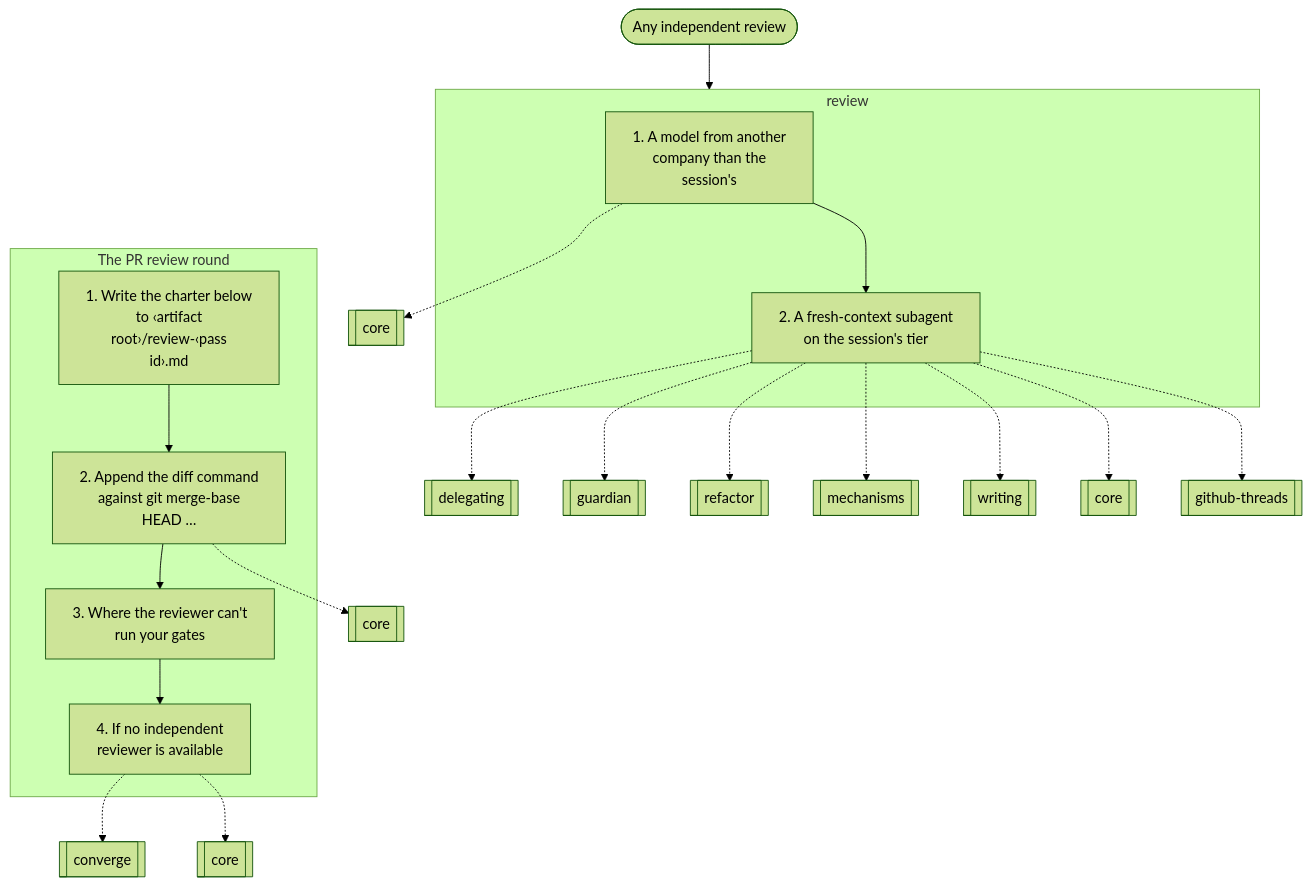
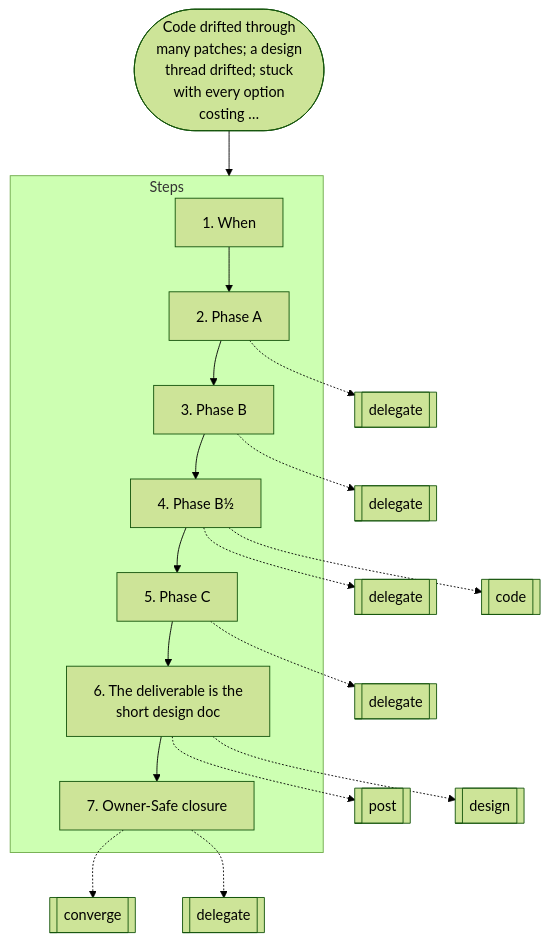
Before and after one commit to nitedani-agent/mergeworthy: diagram 14 of 16 in docs/graphs.md, drawn with Mermaid (forest theme). The commit also changed other lines of this file and 60 other files, not shown here.

````diff
--- a/docs/graphs.md
+++ b/docs/graphs.md
@@ -464,31 +366,29 @@
 ```mermaid
 flowchart TB
-  start(["Any independent review"])
-  subgraph g0["review"]
-    s0["1. A model from another<br/>company than the<br/>session's"]
-    s1["2. A fresh-context subagent<br/>on the session's tier"]
+  start(["Code drifted through<br/>many patches; a design<br/>thread drifted; stuck<br/>with every option<br/>costing …"])
+  subgraph g0["Steps"]
+    s0["1. When"]
+    s1["2. Phase A"]
     s0 --> s1
+    s2["3. Phase B"]
+    s1 --> s2
+    s3["4. Phase B½"]
+    s2 --> s3
+    s4["5. Phase C"]
+    s3 --> s4
+    s5["6. The deliverable is the<br/>short design doc"]
+    s4 --> s5
+    s6["7. Owner-Safe closure"]
+    s5 --> s6
   end
-  s0 -.-> r1[["core"]]
-  s1 -.-> r2[["delegating"]]
-  s1 -.-> r3[["guardian"]]
-  s1 -.-> r4[["refactor"]]
-  s1 -.-> r5[["mechanisms"]]
-  s1 -.-> r6[["writing"]]
-  s1 -.-> r7[["core"]]
-  s1 -.-> r8[["github-threads"]]
-  subgraph g1["The PR review round"]
-    s2["1. Write the charter below<br/>to ‹artifact<br/>root›/review-‹pass<br/>id›.md"]
-    s3["2. Append the diff command<br/>against git merge-base<br/>HEAD …"]
-    s2 --> s3
-    s4["3. Where the reviewer can't<br/>run your gates"]
-    s3 --> s4
-    s5["4. If no independent<br/>reviewer is available"]
-    s4 --> s5
-  end
-  s3 -.-> r9[["core"]]
-  s5 -.-> r10[["converge"]]
-  s5 -.-> r11[["core"]]
+  s1 -.-> r1[["delegate"]]
+  s2 -.-> r2[["delegate"]]
+  s3 -.-> r3[["delegate"]]
+  s3 -.-> r4[["code"]]
+  s4 -.-> r5[["delegate"]]
+  s5 -.-> r6[["post"]]
+  s5 -.-> r7[["design"]]
+  s6 -.-> r8[["converge"]]
+  s6 -.-> r9[["delegate"]]
   start --> g0
-  g0 ~~~ g1
 ```
````
